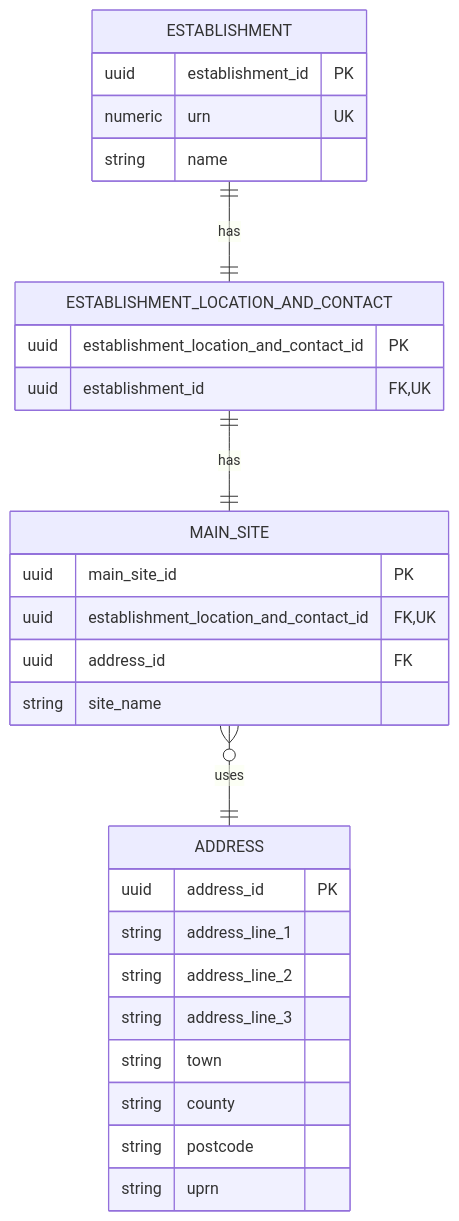
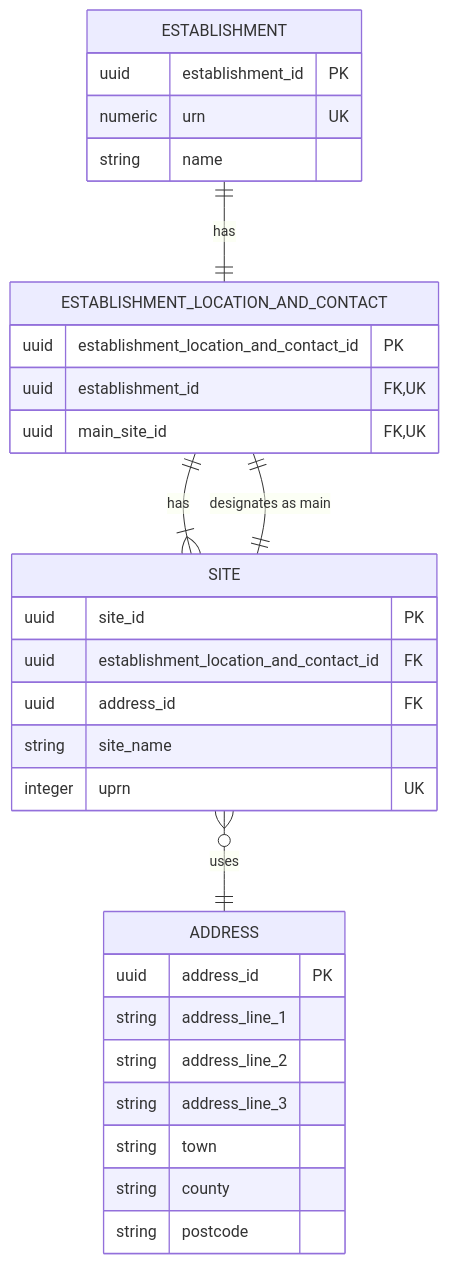
The second of 3 diagrams in models/logical/basic-establishment-data-logical-model.md (DFE-Digital/education-provider-registry-docs), drawn with Mermaid before and after one commit. The commit also changed other lines of this file and 1 other file, not shown here.

````diff
--- a/models/logical/basic-establishment-data-logical-model.md
+++ b/models/logical/basic-establishment-data-logical-model.md
@@ -139,35 +139,37 @@
 ```mermaid
 erDiagram
     ESTABLISHMENT ||--|| ESTABLISHMENT_LOCATION_AND_CONTACT : "has"
-    ESTABLISHMENT_LOCATION_AND_CONTACT ||--|| MAIN_SITE : "has"
-    MAIN_SITE }o--|| ADDRESS : "uses"
+    ESTABLISHMENT_LOCATION_AND_CONTACT ||--|{ SITE : "has"
+    ESTABLISHMENT_LOCATION_AND_CONTACT ||--|| SITE : "designates as main"
+    SITE }o--|| ADDRESS : "uses"
 
     ESTABLISHMENT {
         uuid establishment_id PK
         numeric urn UK
         string name
     }
 
     ESTABLISHMENT_LOCATION_AND_CONTACT {
         uuid establishment_location_and_contact_id PK
         uuid establishment_id FK, UK
+        uuid main_site_id FK, UK
     }
 
-    MAIN_SITE {
-        uuid main_site_id PK
-        uuid establishment_location_and_contact_id FK, UK
+    SITE {
+        uuid site_id PK
+        uuid establishment_location_and_contact_id FK
         uuid address_id FK
         string site_name
+        integer uprn UK
     }
 
     ADDRESS {
         uuid address_id PK
         string address_line_1
         string address_line_2
         string address_line_3
         string town
         string county
         string postcode
-        string uprn
     }
 ```
````
